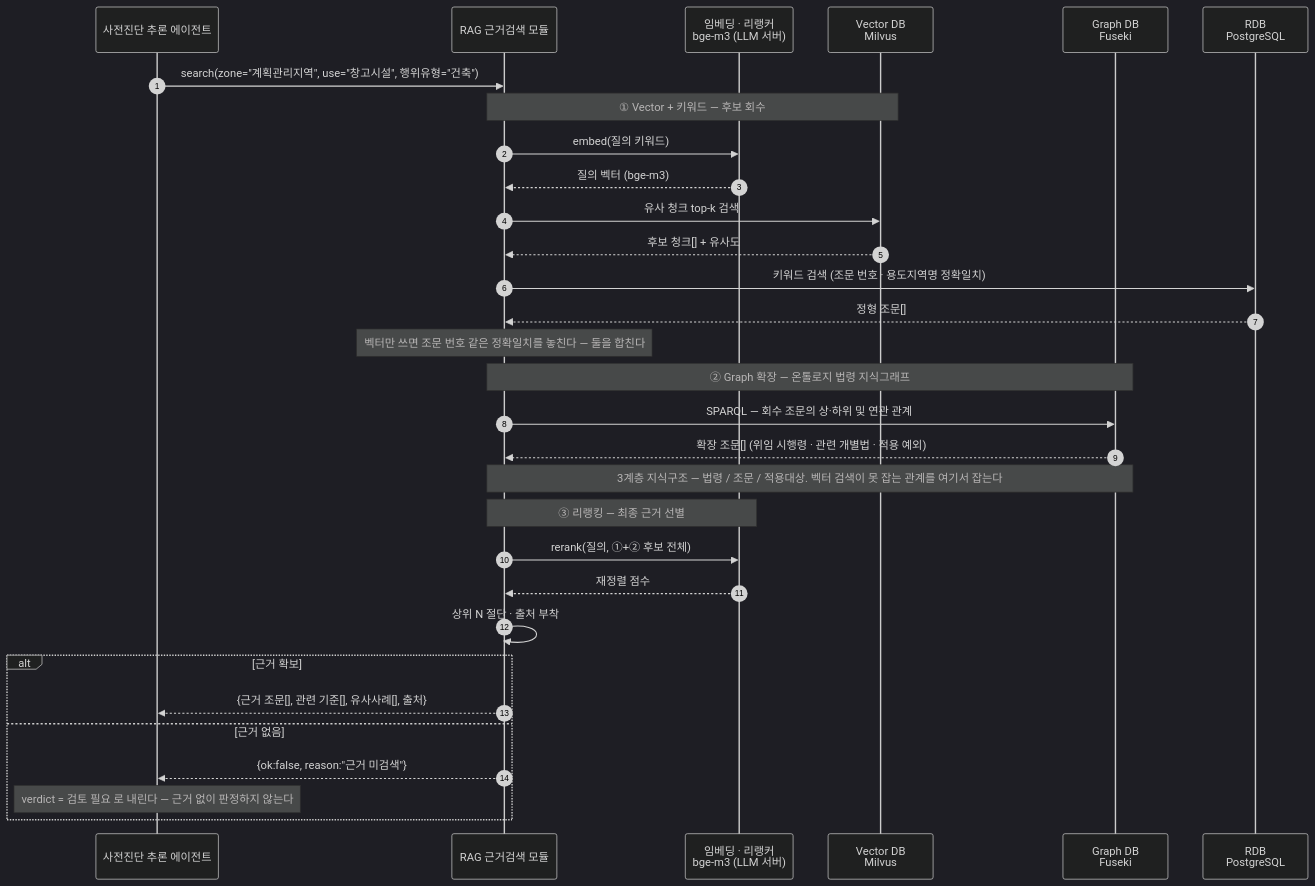
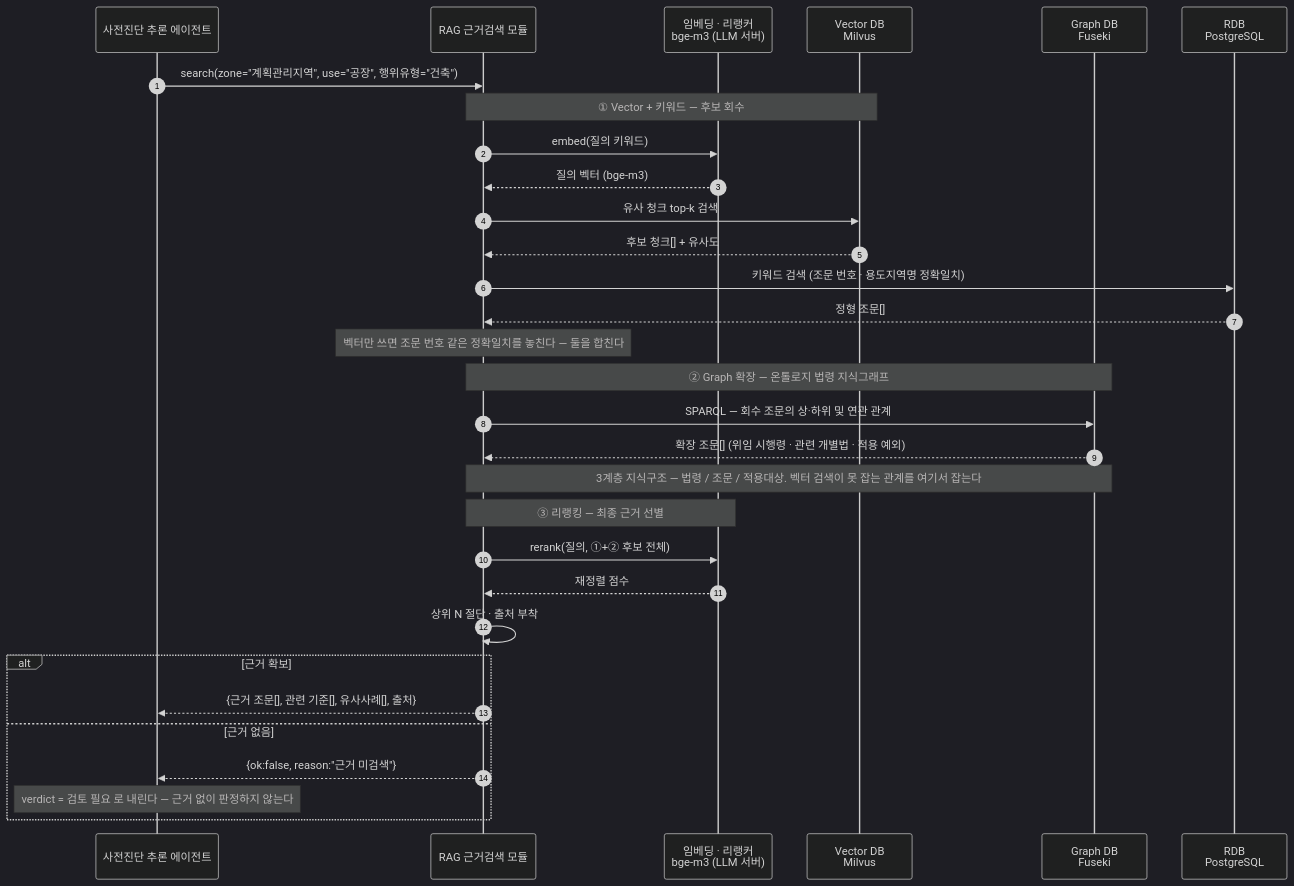
The ninth of 15 diagrams in docs/MCP-AGENT-SEQUENCE.md (madlrengg100/permit-copilot), drawn with Mermaid (dark theme) before and after one commit. The commit also changed other lines of this file, not shown here.

````diff
--- a/docs/MCP-AGENT-SEQUENCE.md
+++ b/docs/MCP-AGENT-SEQUENCE.md
@@ -688,38 +688,38 @@
 ```mermaid
 sequenceDiagram
     autonumber
     participant AG as 사전진단 추론 에이전트
     participant RG as RAG 근거검색 모듈
     participant EMB as 임베딩 · 리랭커<br/>bge-m3 (LLM 서버)
     participant VDB as Vector DB<br/>Milvus
     participant GDB as Graph DB<br/>Fuseki
     participant RDB as RDB<br/>PostgreSQL
 
-    AG->>RG: search(zone="계획관리지역", use="창고시설", 행위유형="건축")
+    AG->>RG: search(zone="계획관리지역", use="공장", 행위유형="건축")
 
     Note over RG,VDB: ① Vector + 키워드 — 후보 회수
     RG->>EMB: embed(질의 키워드)
     EMB-->>RG: 질의 벡터 (bge-m3)
     RG->>VDB: 유사 청크 top-k 검색
     VDB-->>RG: 후보 청크[] + 유사도
     RG->>RDB: 키워드 검색 (조문 번호 · 용도지역명 정확일치)
     RDB-->>RG: 정형 조문[]
     Note over RG: 벡터만 쓰면 조문 번호 같은 정확일치를 놓친다 — 둘을 합친다
 
     Note over RG,GDB: ② Graph 확장 — 온톨로지 법령 지식그래프
     RG->>GDB: SPARQL — 회수 조문의 상·하위 및 연관 관계
     GDB-->>RG: 확장 조문[] (위임 시행령 · 관련 개별법 · 적용 예외)
     Note over RG,GDB: 3계층 지식구조 — 법령 / 조문 / 적용대상. 벡터 검색이 못 잡는 관계를 여기서 잡는다
 
     Note over RG,EMB: ③ 리랭킹 — 최종 근거 선별
     RG->>EMB: rerank(질의, ①+② 후보 전체)
     EMB-->>RG: 재정렬 점수
     RG->>RG: 상위 N 절단 · 출처 부착
 
     alt 근거 확보
         RG-->>AG: {근거 조문[], 관련 기준[], 유사사례[], 출처}
     else 근거 없음
         RG-->>AG: {ok:false, reason:"근거 미검색"}
         Note over AG: verdict = 검토 필요 로 내린다 — 근거 없이 판정하지 않는다
     end
 ```
````
